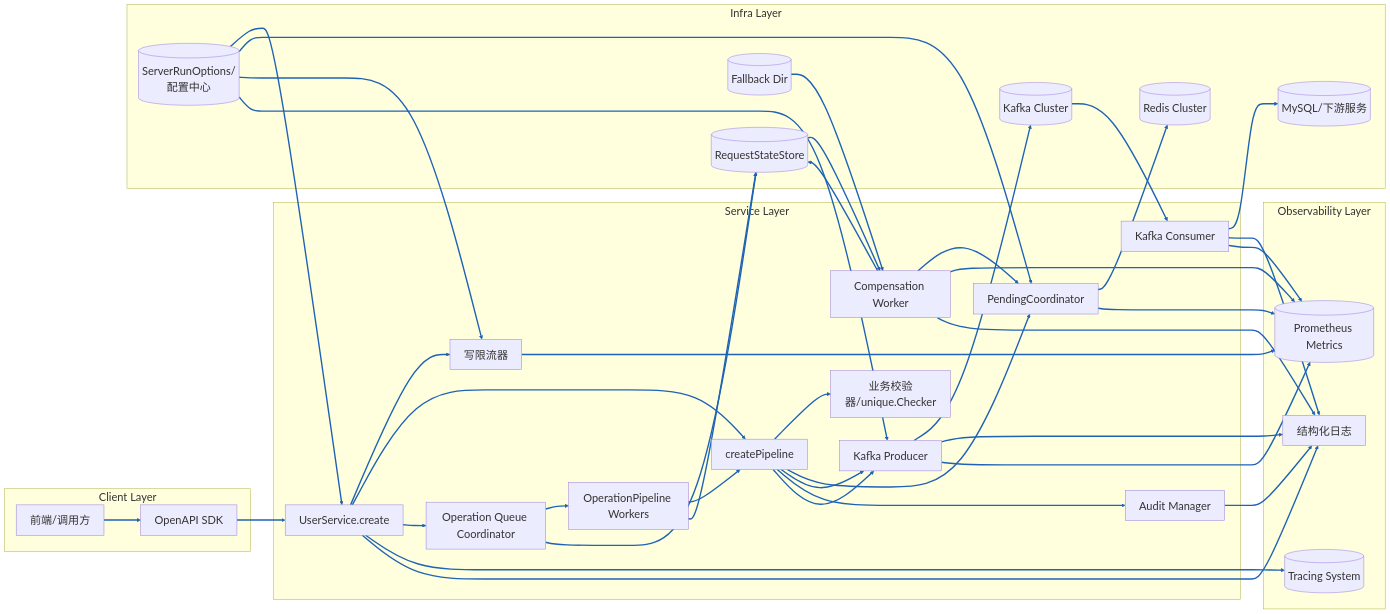
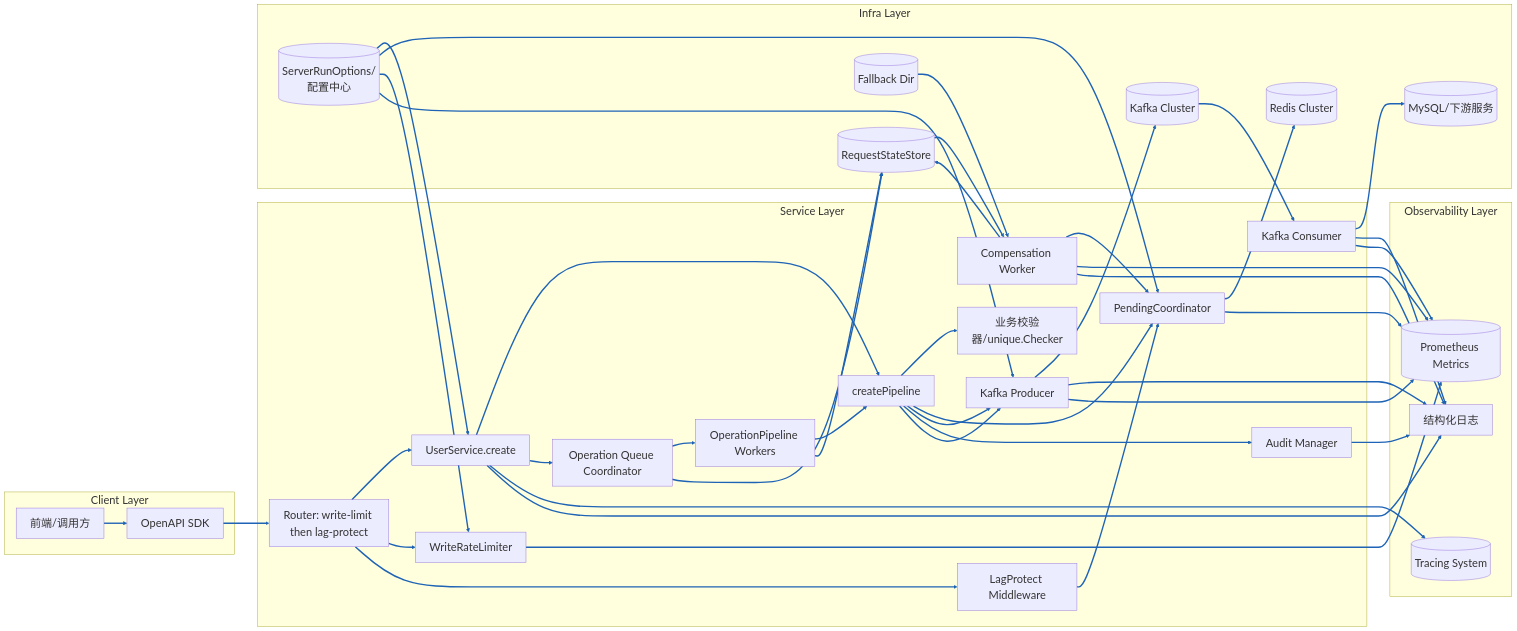
One commit to maxiaolu197102/cdmp-mini changed the second of 21 diagrams in doc/create_api_analysis.md. Above: the diagram before and after it, drawn with Mermaid. The commit also changed other lines of this file and 65 other files, not shown here.

````diff
--- a/doc/create_api_analysis.md
+++ b/doc/create_api_analysis.md
@@ -57,77 +385,81 @@
 ```mermaid
 %%{init: {'themeVariables': {'lineColor': '#1E63B5', 'flowchartLinkColor': '#1E63B5', 'lineWidth': 3, 'fontSize': '24px'}}}%%
 graph LR
     subgraph Client Layer
         UI[前端/调用方]
         SDK[OpenAPI SDK]
     end
 
     subgraph Service Layer
+        Router["Router: write-limit then lag-protect"]
         API[UserService.create]
         Pipeline[createPipeline]
         Validator[业务校验器/unique.Checker]
-        RateLimiter[写限流器]
+        RateLimiter[WriteRateLimiter]
+        LagProtect[LagProtect Middleware]
         PendingSvc[PendingCoordinator]
         Audit[Audit Manager]
         Producer[Kafka Producer]
         Consumer[Kafka Consumer]
         OpQueue[Operation Queue Coordinator]
         OpWorkers[OperationPipeline Workers]
         Compensator[Compensation Worker]
     end
 
     subgraph Observability Layer
         Logger[结构化日志]
         Metrics[(Prometheus Metrics)]
         Tracing[(Tracing System)]
     end
 
     subgraph Infra Layer
         Redis[(Redis Cluster)]
         Kafka[(Kafka Cluster)]
         DB[(MySQL/下游服务)]
         Config[(ServerRunOptions/配置中心)]
         StateStore[(RequestStateStore)]
         Fallback[(Fallback Dir)]
     end
 
-    UI --> SDK --> API
-    API --> RateLimiter
+    UI --> SDK --> Router --> API
+    Router --> RateLimiter
+    Router --> LagProtect
+    LagProtect --> PendingSvc
     API --> Pipeline
     Pipeline --> Validator
     Pipeline --> PendingSvc
     Pipeline --> Producer
     Pipeline --> Audit
     API --> OpQueue
     OpQueue --> OpWorkers
     OpQueue --> StateStore
     OpWorkers --> Pipeline
     OpWorkers --> StateStore
     Compensator --> StateStore
     Compensator --> PendingSvc
     Compensator --> Metrics
     Compensator --> Logger
     PendingSvc --> Redis
     PendingSvc --> Metrics
     RateLimiter --> Metrics
     Audit --> Logger
     Pipeline --> Producer
     Producer --> Kafka
     Producer --> Logger
     Producer --> Metrics
     Kafka --> Consumer
     Consumer --> DB
     Consumer --> Logger
     Consumer --> Metrics
     Fallback --> Compensator
     StateStore --> Compensator
     API --> Tracing
     API --> Logger
     Config --> API
     Config --> PendingSvc
     Config --> RateLimiter
     Config --> Producer
 
     classDef default font-size:24px;
     linkStyle default stroke:#1E63B5,stroke-width:3px
 ```
````
